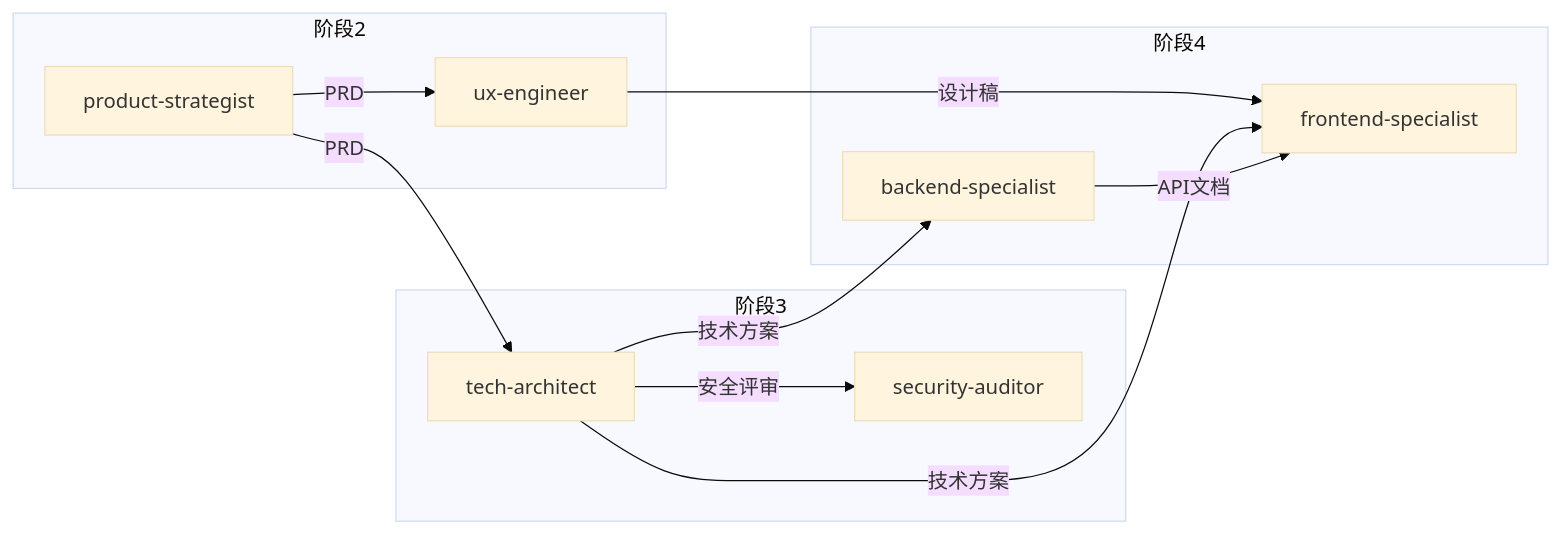
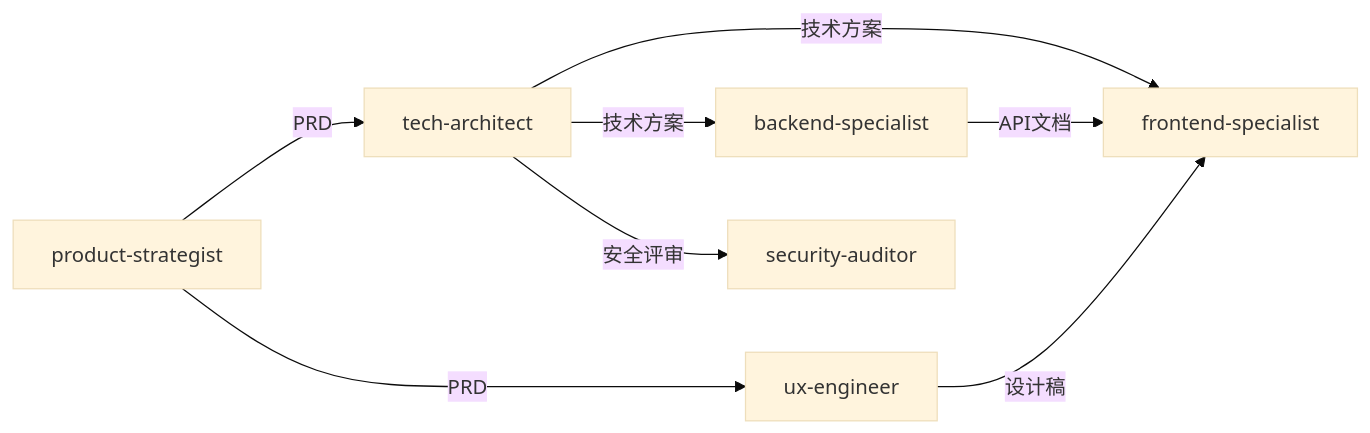
The fourth of 6 diagrams in skills/orchestrator/SKILL.md (Tooooommy/Trae-Workflow), drawn with Mermaid (base theme) before and after one commit. The commit also changed other lines of this file and 18 other files, not shown here.

````diff
--- a/skills/orchestrator/SKILL.md
+++ b/skills/orchestrator/SKILL.md
@@ -286,23 +248,10 @@
 ```mermaid
 flowchart LR
-    subgraph 阶段2
-        P[product-strategist]
-        UX[ux-engineer]
-    end
-    subgraph 阶段3
-        TA[tech-architect]
-        SA[security-auditor]
-    end
-    subgraph 阶段4
-        FE[frontend-specialist]
-        BE[backend-specialist]
-    end
-
-    P -->|PRD| TA
-    P -->|PRD| UX
+    P[product-strategist] -->|PRD| TA[tech-architect]
+    P -->|PRD| UX[ux-engineer]
+    TA -->|技术方案| FE[frontend-specialist]
+    TA -->|技术方案| BE[backend-specialist]
+    TA -->|安全评审| SA[security-auditor]
+    BE -->|API文档| FE
     UX -->|设计稿| FE
-    TA -->|技术方案| FE
-    TA -->|技术方案| BE
-    TA -->|安全评审| SA
-    BE -->|API文档| FE
 ```
````
